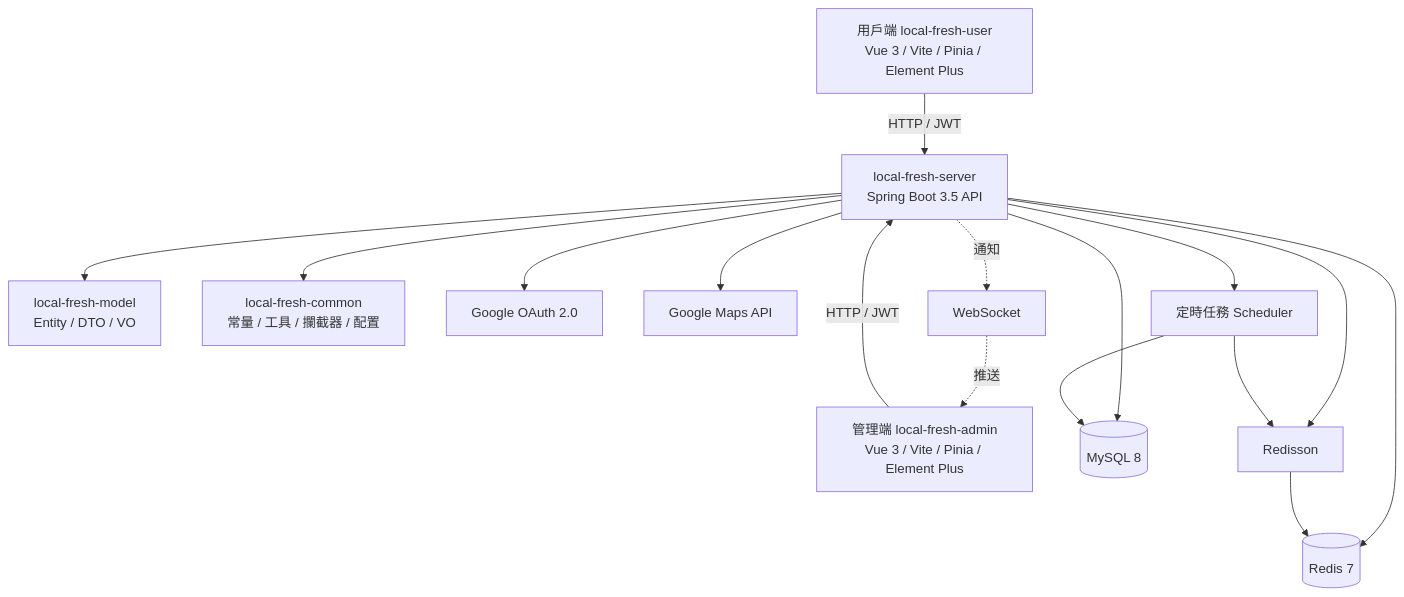
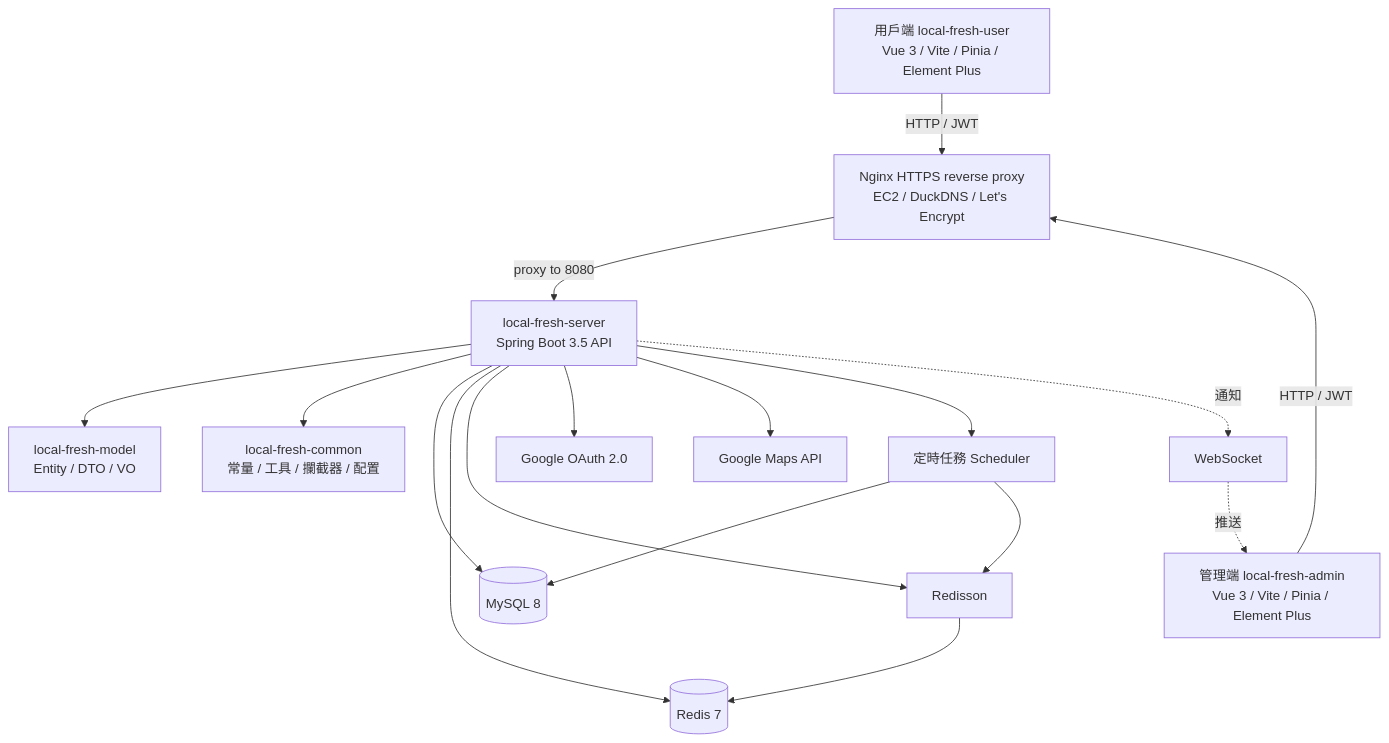
One commit to kevinlin000/local-fresh-platform changed the first of 10 diagrams in docs/architecture.md. Above: the diagram before and after it, drawn with Mermaid. The commit also changed 5 other files, not shown here.

````diff
--- a/docs/architecture.md
+++ b/docs/architecture.md
@@ -17,34 +17,36 @@
 ```mermaid
 graph TD
     U[用戶端 local-fresh-user<br/>Vue 3 / Vite / Pinia / Element Plus]
     A[管理端 local-fresh-admin<br/>Vue 3 / Vite / Pinia / Element Plus]
+    NGINX[Nginx HTTPS reverse proxy<br/>EC2 / DuckDNS / Let's Encrypt]
     API[local-fresh-server<br/>Spring Boot 3.5 API]
     POJO[local-fresh-model<br/>Entity / DTO / VO]
     COMMON[local-fresh-common<br/>常量 / 工具 / 攔截器 / 配置]
     MYSQL[(MySQL 8)]
     REDIS[(Redis 7)]
     REDISSON[Redisson]
     OAUTH[Google OAuth 2.0]
     MAPS[Google Maps API]
     WS[WebSocket]
     SCHED[定時任務 Scheduler]
 
-    U -->|HTTP / JWT| API
-    A -->|HTTP / JWT| API
+    U -->|HTTP / JWT| NGINX
+    A -->|HTTP / JWT| NGINX
+    NGINX -->|proxy to 8080| API
 
     API --> POJO
     API --> COMMON
 
     API --> MYSQL
     API --> REDIS
     API --> REDISSON
     API --> OAUTH
     API --> MAPS
     API --> SCHED
 
     REDISSON --> REDIS
     SCHED --> MYSQL
     SCHED --> REDISSON
     API -.通知.-> WS
     WS -.推送.-> A
 ```
````
